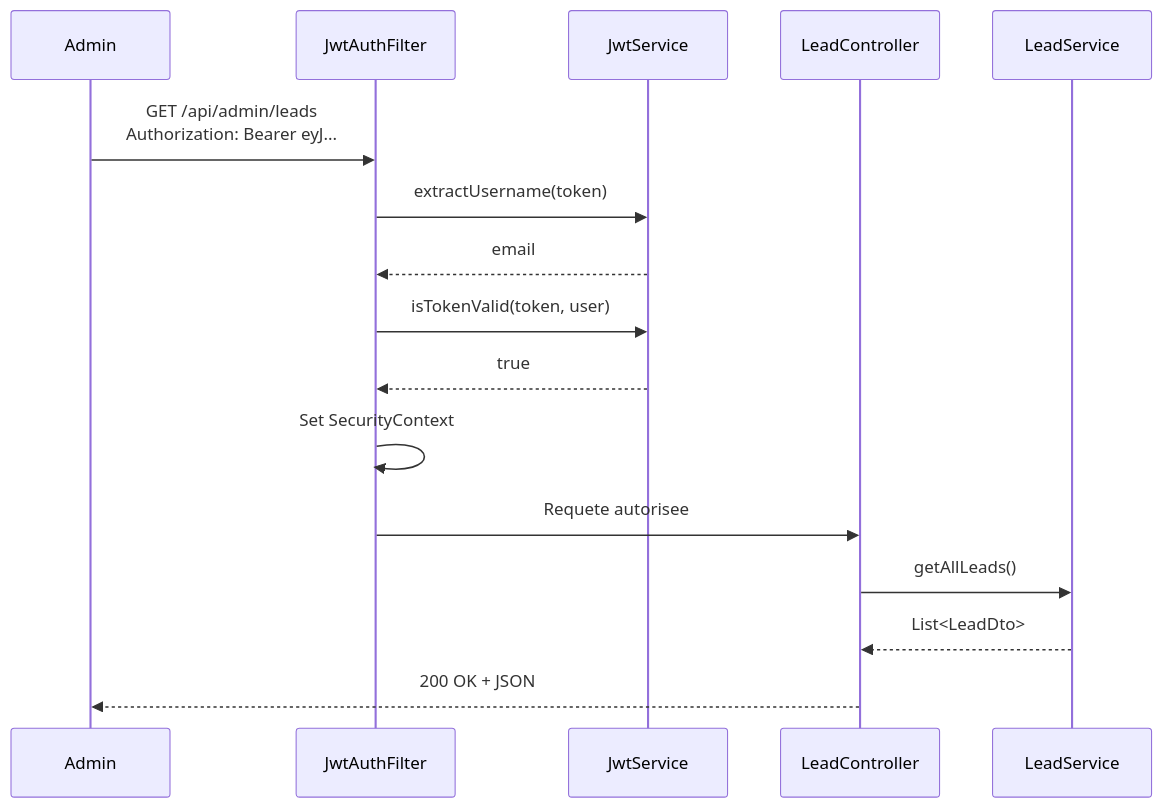
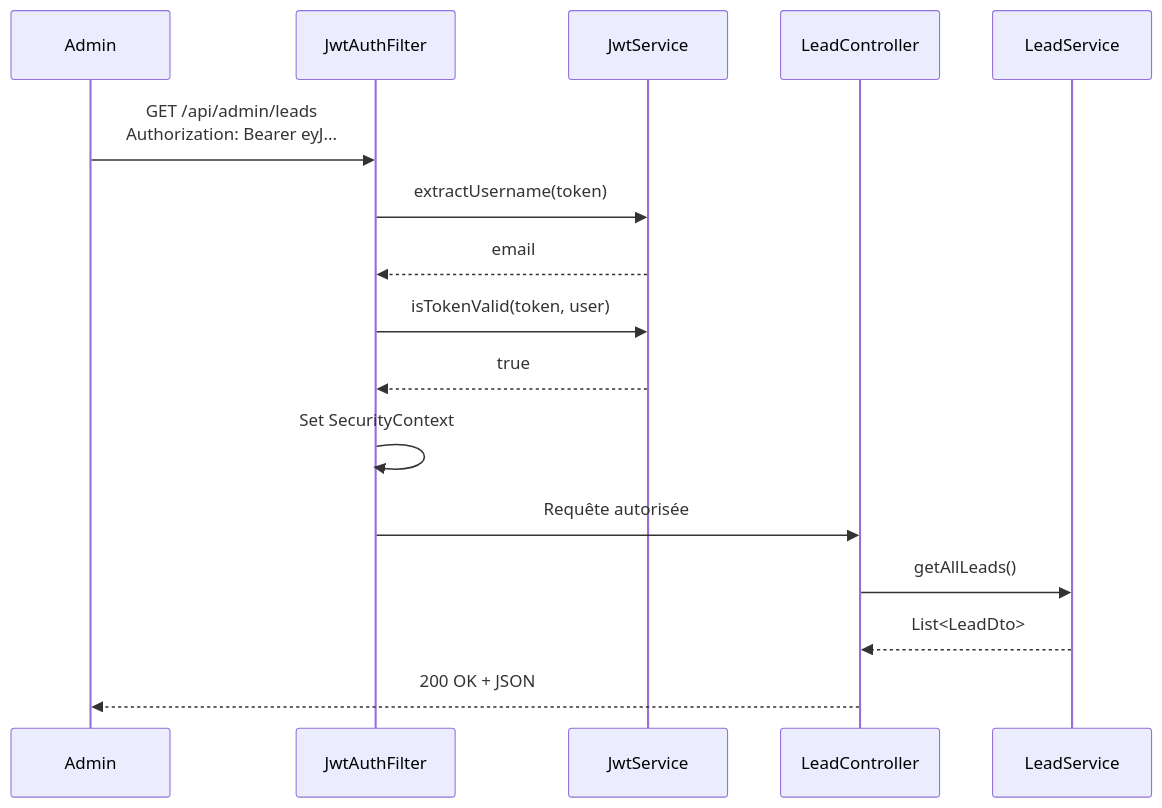
The seventh of 7 diagrams in cours/01-presentation-projet.md (hrhouma1/inskillflow-docs-formation-spring-boot-projet-e-contact-backend), drawn with Mermaid before and after one commit. The commit also changed other lines of this file, not shown here.

````diff
--- a/cours/01-presentation-projet.md
+++ b/cours/01-presentation-projet.md
@@ -318,19 +318,19 @@
 ```mermaid
 sequenceDiagram
     participant A as Admin
     participant F as JwtAuthFilter
     participant JWT as JwtService
     participant C as LeadController
     participant S as LeadService
 
     A->>F: GET /api/admin/leads<br/>Authorization: Bearer eyJ...
     F->>JWT: extractUsername(token)
     JWT-->>F: email
     F->>JWT: isTokenValid(token, user)
     JWT-->>F: true
     F->>F: Set SecurityContext
-    F->>C: Requete autorisee
+    F->>C: Requête autorisée
     C->>S: getAllLeads()
     S-->>C: List<LeadDto>
     C-->>A: 200 OK + JSON
 ```
````
